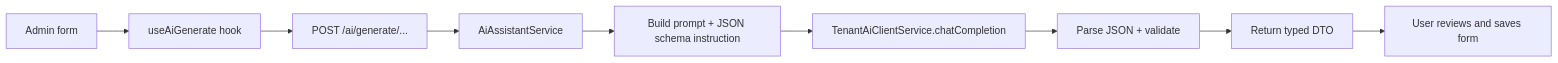
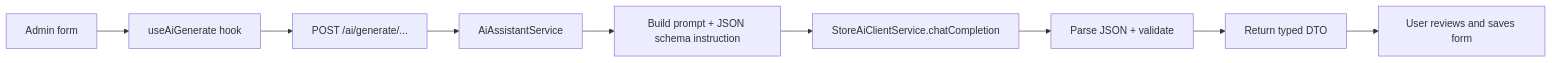
One commit to gowtamkumar/eCommerce-multi-store-saas-erp changed the fourth of 8 diagrams in doc/system-design/ai_system_guide.md. Above: the diagram before and after it, drawn with Mermaid. The commit also changed other lines of this file and 764 other files, not shown here.

````diff
--- a/doc/system-design/ai_system_guide.md
+++ b/doc/system-design/ai_system_guide.md
@@ -350,11 +350,11 @@
 ```mermaid
 flowchart LR
   A[Admin form] --> B[useAiGenerate hook]
   B --> C[POST /ai/generate/...]
   C --> D[AiAssistantService]
   D --> E[Build prompt + JSON schema instruction]
-  E --> F[TenantAiClientService.chatCompletion]
+  E --> F[StoreAiClientService.chatCompletion]
   F --> G[Parse JSON + validate]
   G --> H[Return typed DTO]
   H --> I[User reviews and saves form]
 ```
````
